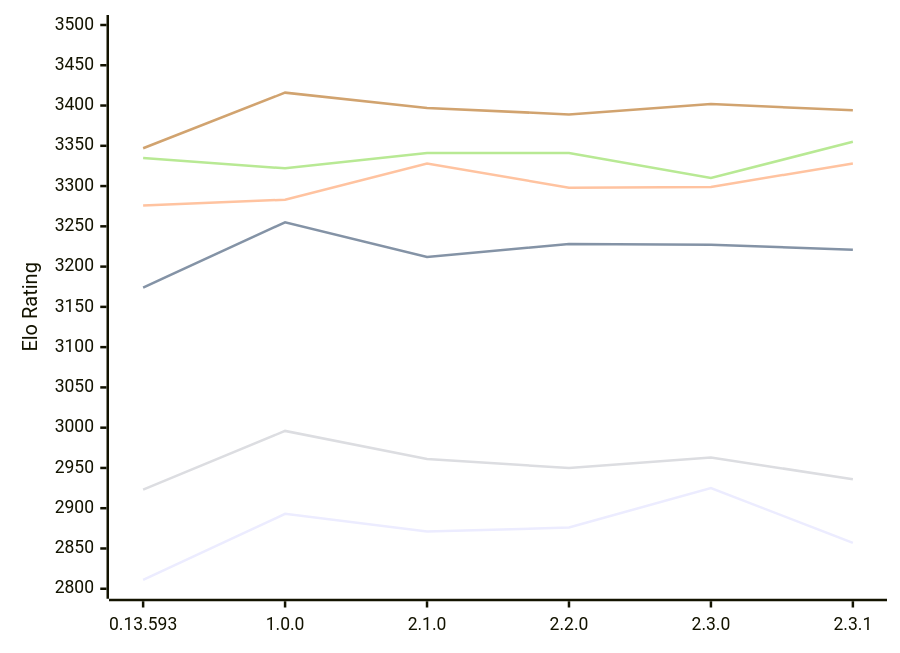
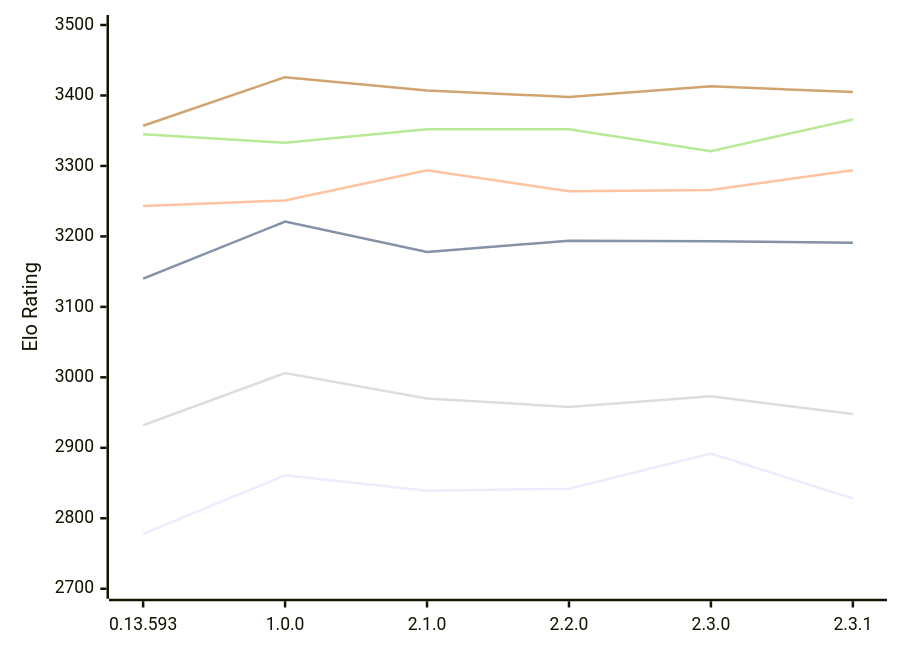
The diagram in engines/Pawnstar.md (computer-chess-index/cci), drawn with Mermaid before and after one commit. The commit also changed other lines of this file, not shown here.

Commit message:
Update CCI Ratings (ELO VLTC) - 2026-11-12

````diff
--- a/engines/Pawnstar.md
+++ b/engines/Pawnstar.md
@@ -57,12 +57,12 @@
 ```mermaid
 %%{init: {"theme":"base","themeVariables":{"seriesColors:['#a3a3a3','#222221','#faa371']}}}%%
 xychart-beta
   x-axis ["0.13.593", "1.0.0", "2.1.0", "2.2.0", "2.3.0", "2.3.1"]
-  y-axis "Elo Rating" 2800 --> 3500
-  line "E1: STC (8.0+0.08s)" [2811, 2893, 2871, 2876, 2925, 2857]
-  line "E1: LTC (60.0+0.60s)" [3174, 3255, 3212, 3228, 3227, 3221]
-  line "E1: VLTC (2m24s+1.12s)" [3276, 3283, 3328, 3298, 3299, 3328]
-  line "P1: STC (8.0+0.08s)" [2923, 2996, 2961, 2950, 2963, 2936]
-  line "P1: LTC (60.0+0.60s)" [3335, 3322, 3341, 3341, 3310, 3355]
-  line "P1: VLTC (2m24s+1.12s)" [3347, 3416, 3397, 3389, 3402, 3394]
+  y-axis "Elo Rating" 2700 --> 3500
+  line "E1: STC (8.0+0.08s)" [2778, 2861, 2839, 2842, 2892, 2828]
+  line "E1: LTC (60.0+0.60s)" [3140, 3221, 3178, 3194, 3193, 3191]
+  line "E1: VLTC (2m24s+1.12s)" [3243, 3251, 3294, 3264, 3266, 3294]
+  line "P1: STC (8.0+0.08s)" [2932, 3006, 2970, 2958, 2973, 2948]
+  line "P1: LTC (60.0+0.60s)" [3345, 3333, 3352, 3352, 3321, 3366]
+  line "P1: VLTC (2m24s+1.12s)" [3357, 3426, 3407, 3398, 3413, 3405]
 ```
````
